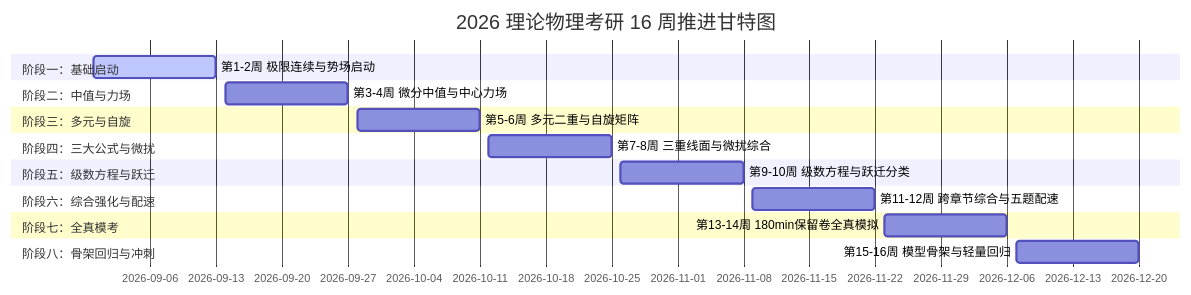
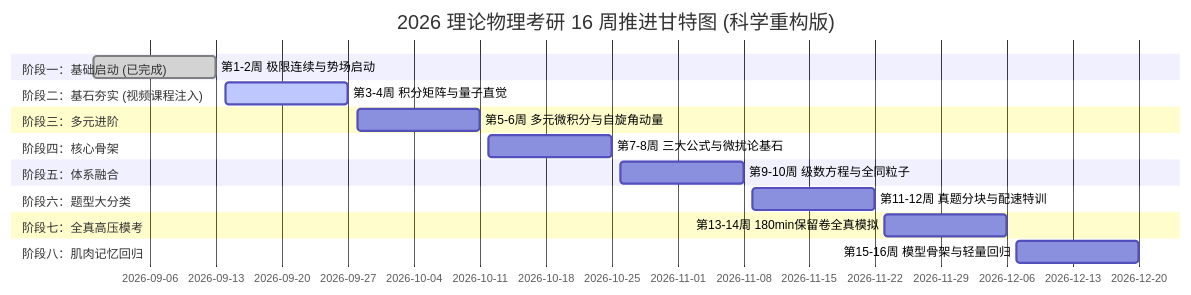
The diagram in 00_Dashboard_作战指挥中心/01_16周推进总览_Milestones.md (jerry-pig/Jerry_Pig_GoGoGo), drawn with Mermaid before and after one commit. The commit also changed other lines of this file, not shown here.

````diff
--- a/00_Dashboard_作战指挥中心/01_16周推进总览_Milestones.md
+++ b/00_Dashboard_作战指挥中心/01_16周推进总览_Milestones.md
@@ -10,21 +11,21 @@
 ```mermaid
 gantt
-    title 2026 理论物理考研 16 周推进甘特图
+    title 2026 理论物理考研 16 周推进甘特图 (科学重构版)
     dateFormat  YYYY-MM-DD
-    section 阶段一：基础启动
-    第1-2周 极限连续与势场启动      :active, 2026-08-31, 2026-09-13
-    section 阶段二：中值与力场
-    第3-4周 微分中值与中心力场      :2026-09-14, 2026-09-27
-    section 阶段三：多元与自旋
-    第5-6周 多元二重与自旋矩阵      :2026-09-28, 2026-10-11
-    section 阶段四：三大公式与微扰
-    第7-8周 三重线面与微扰综合      :2026-10-12, 2026-10-25
-    section 阶段五：级数方程与跃迁
-    第9-10周 级数方程与跃迁分类     :2026-10-26, 2026-11-08
-    section 阶段六：综合强化与配速
-    第11-12周 跨章节综合与五题配速  :2026-11-09, 2026-11-22
-    section 阶段七：全真模考
-    第13-14周 180min保留卷全真模拟  :2026-11-23, 2026-12-06
-    section 阶段八：骨架回归与冲刺
-    第15-16周 模型骨架与轻量回归    :2026-12-07, 2026-12-20
+    section 阶段一：基础启动 (已完成)
+    第1-2周 极限连续与势场启动     :done, 2026-08-31, 2026-09-13
+    section 阶段二：基石夯实 (视频课程注入)
+    第3-4周 积分矩阵与量子直觉      :active, 2026-09-14, 2026-09-27
+    section 阶段三：多元进阶
+    第5-6周 多元微积分与自旋角动量   :2026-09-28, 2026-10-11
+    section 阶段四：核心骨架
+    第7-8周 三大公式与微扰论基石     :2026-10-12, 2026-10-25
+    section 阶段五：体系融合
+    第9-10周 级数方程与全同粒子      :2026-10-26, 2026-11-08
+    section 阶段六：题型大分类
+    第11-12周 真题分块与配速特训     :2026-11-09, 2026-11-22
+    section 阶段七：全真高压模考
+    第13-14周 180min保留卷全真模拟   :2026-11-23, 2026-12-06
+    section 阶段八：肌肉记忆回归
+    第15-16周 模型骨架与轻量回归     :2026-12-07, 2026-12-20
 ```
````
